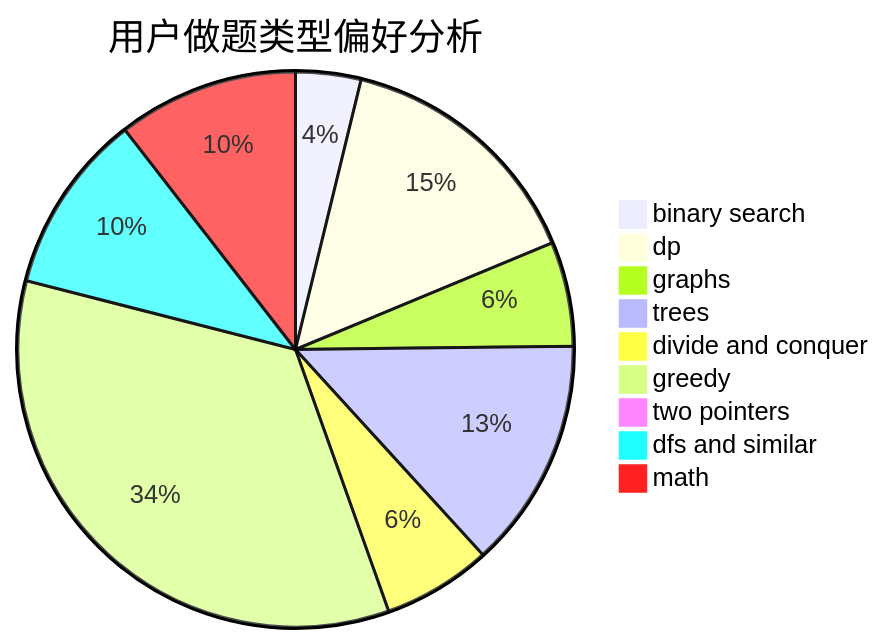
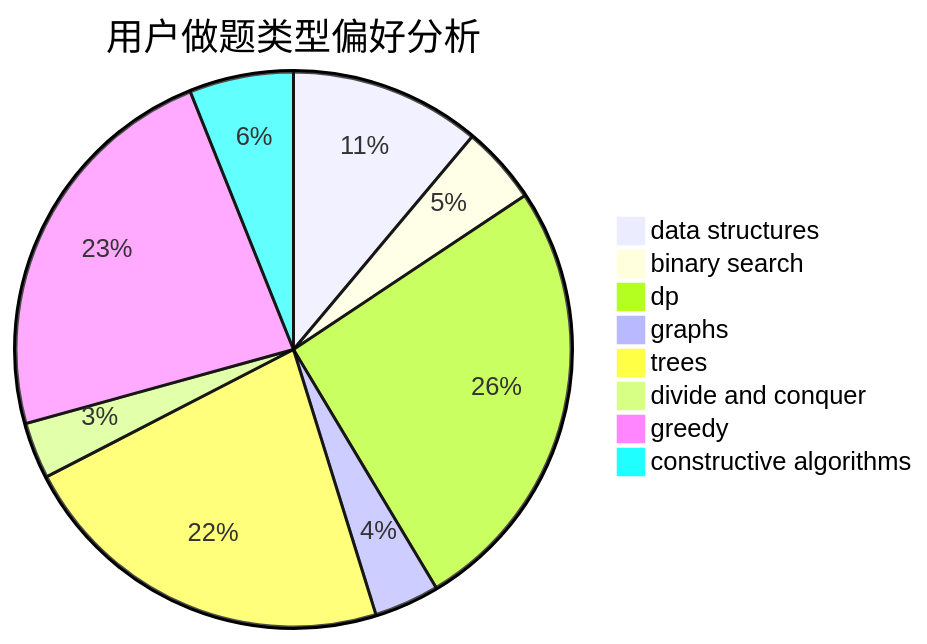
One commit to sherpahu/cfrs.github.io changed the second of 3 diagrams in docs/user/u1124.md. Above: the diagram before and after it, drawn with Mermaid. The commit also changed other lines of this file and 2775 other files, not shown here.

````diff
--- a/docs/user/u1124.md
+++ b/docs/user/u1124.md
@@ -23,12 +23,11 @@
 ```mermaid
 pie title 用户做题类型偏好分析
-    "binary search" :  30
-    "dp" :  118
-    "graphs" :  48
-    "trees" :  106
-    "divide and conquer" :  50
-    "greedy" :  272
-    "two pointers" :  6
-    "dfs and similar" :  83
-    "math" :  83
+    "data structures" :  44
+    "binary search" :  18
+    "dp" :  102
+    "graphs" :  15
+    "trees" :  88
+    "divide and conquer" :  13
+    "greedy" :  92
+    "constructive algorithms" :  24
 ```
````
